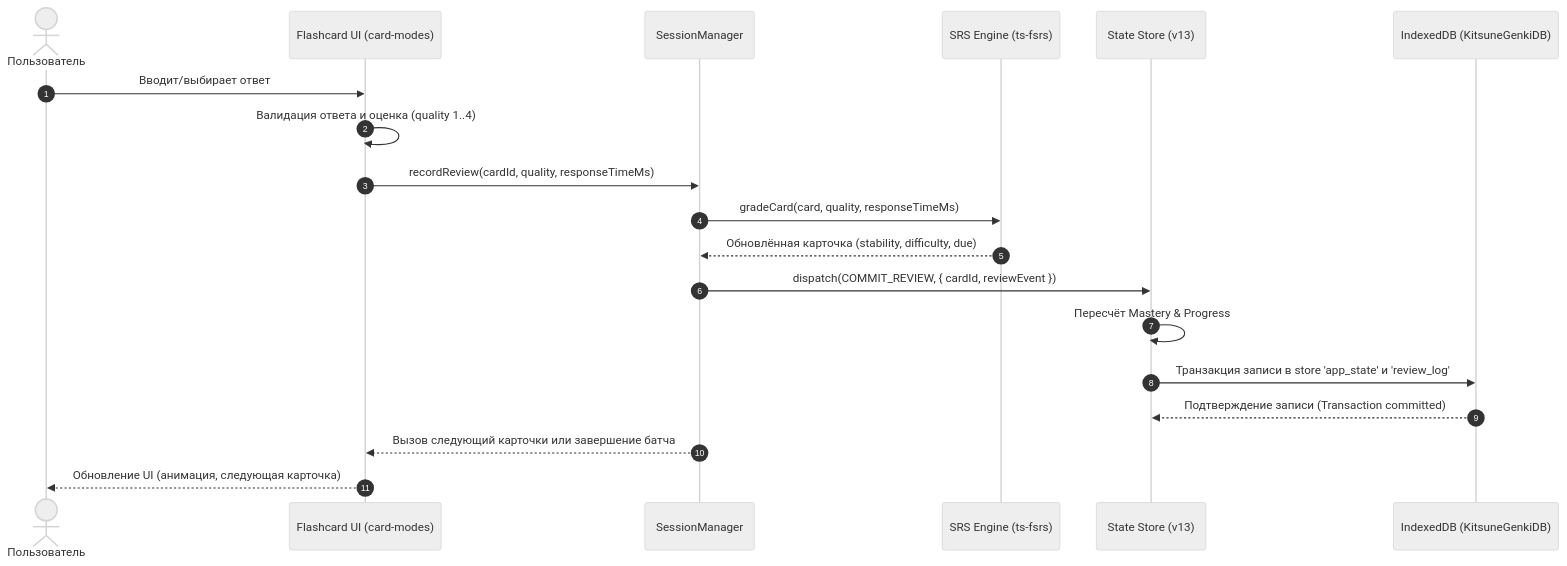
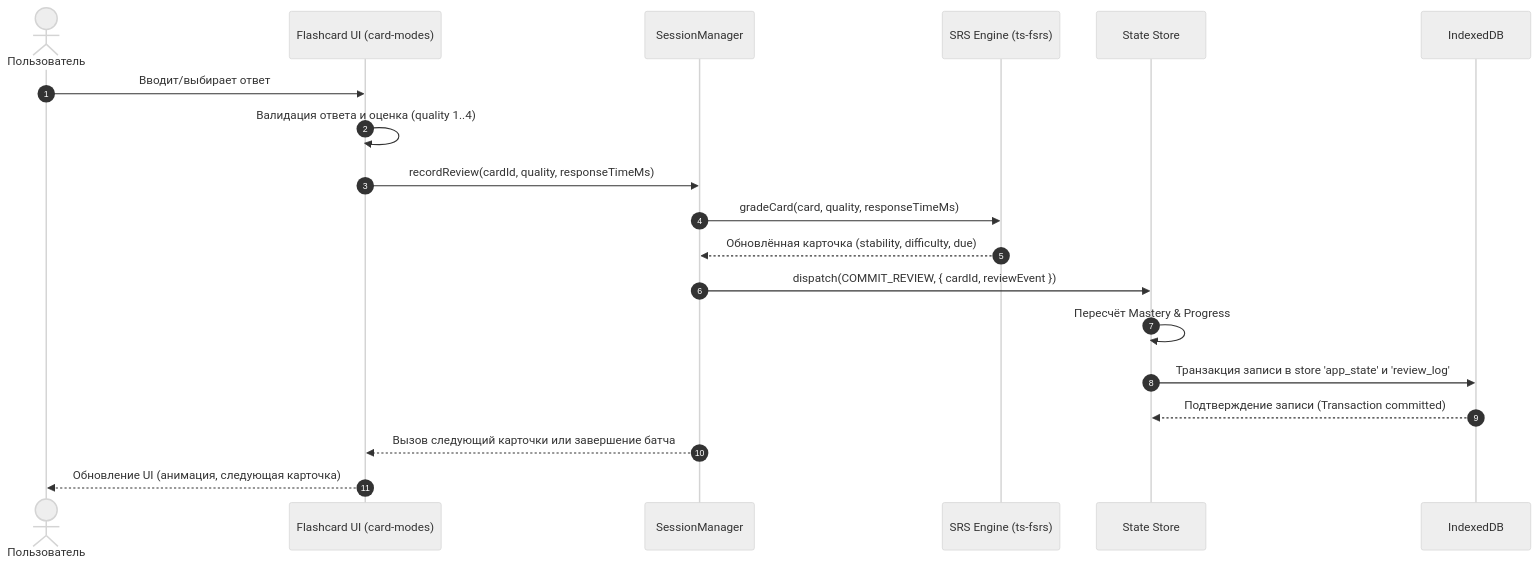
One commit to mootxed/Kitsune-GENKI changed the diagram in docs/overview/architecture.md. Above: the diagram before and after it, drawn with Mermaid (neutral theme). The commit also changed other lines of this file and 778 other files, not shown here.

````diff
--- a/docs/overview/architecture.md
+++ b/docs/overview/architecture.md
@@ -54,22 +87,22 @@
 ```mermaid
 sequenceDiagram
     autonumber
     actor User as Пользователь
     participant UI as Flashcard UI (card-modes)
     participant SM as SessionManager
     participant SRS as SRS Engine (ts-fsrs)
-    participant Store as State Store (v13)
-    participant IDB as IndexedDB (KitsuneGenkiDB)
+    participant Store as State Store
+    participant IDB as IndexedDB
 
     User->>UI: Вводит/выбирает ответ
     UI->>UI: Валидация ответа и оценка (quality 1..4)
     UI->>SM: recordReview(cardId, quality, responseTimeMs)
     SM->>SRS: gradeCard(card, quality, responseTimeMs)
     SRS-->>SM: Обновлённая карточка (stability, difficulty, due)
     SM->>Store: dispatch(COMMIT_REVIEW, { cardId, reviewEvent })
     Store->>Store: Пересчёт Mastery & Progress
     Store->>IDB: Транзакция записи в store 'app_state' и 'review_log'
     IDB-->>Store: Подтверждение записи (Transaction committed)
     SM-->>UI: Вызов следующий карточки или завершение батча
     UI-->>User: Обновление UI (анимация, следующая карточка)
 ```
````
